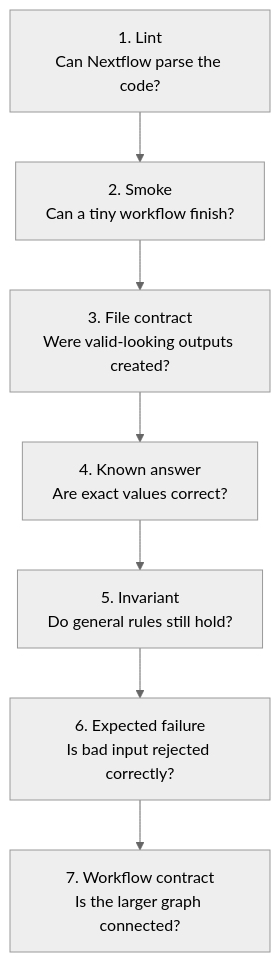
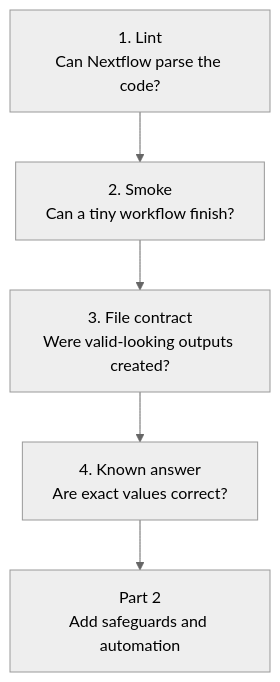
Before and after one commit to Caffeinated-Code/Bioinformatics_Field_Guide: the second of 3 diagrams in content/posts/week-07-rnaseq-in-seven-minutes.md, drawn with Mermaid (neutral theme). The commit also changed other lines of this file and 7 other files, not shown here.

````diff
--- a/content/posts/week-07-rnaseq-in-seven-minutes.md
+++ b/content/posts/week-07-rnaseq-in-seven-minutes.md
@@ -141,9 +178,7 @@
 ```mermaid
 flowchart TB
   lint["1. Lint<br/>Can Nextflow parse the code?"] --> smoke["2. Smoke<br/>Can a tiny workflow finish?"]
   smoke --> files["3. File contract<br/>Were valid-looking outputs created?"]
   files --> answer["4. Known answer<br/>Are exact values correct?"]
-  answer --> rule["5. Invariant<br/>Do general rules still hold?"]
-  rule --> negative["6. Expected failure<br/>Is bad input rejected correctly?"]
-  negative --> wiring["7. Workflow contract<br/>Is the larger graph connected?"]
+  answer --> part2["Part 2<br/>Add safeguards and automation"]
 ```
````
